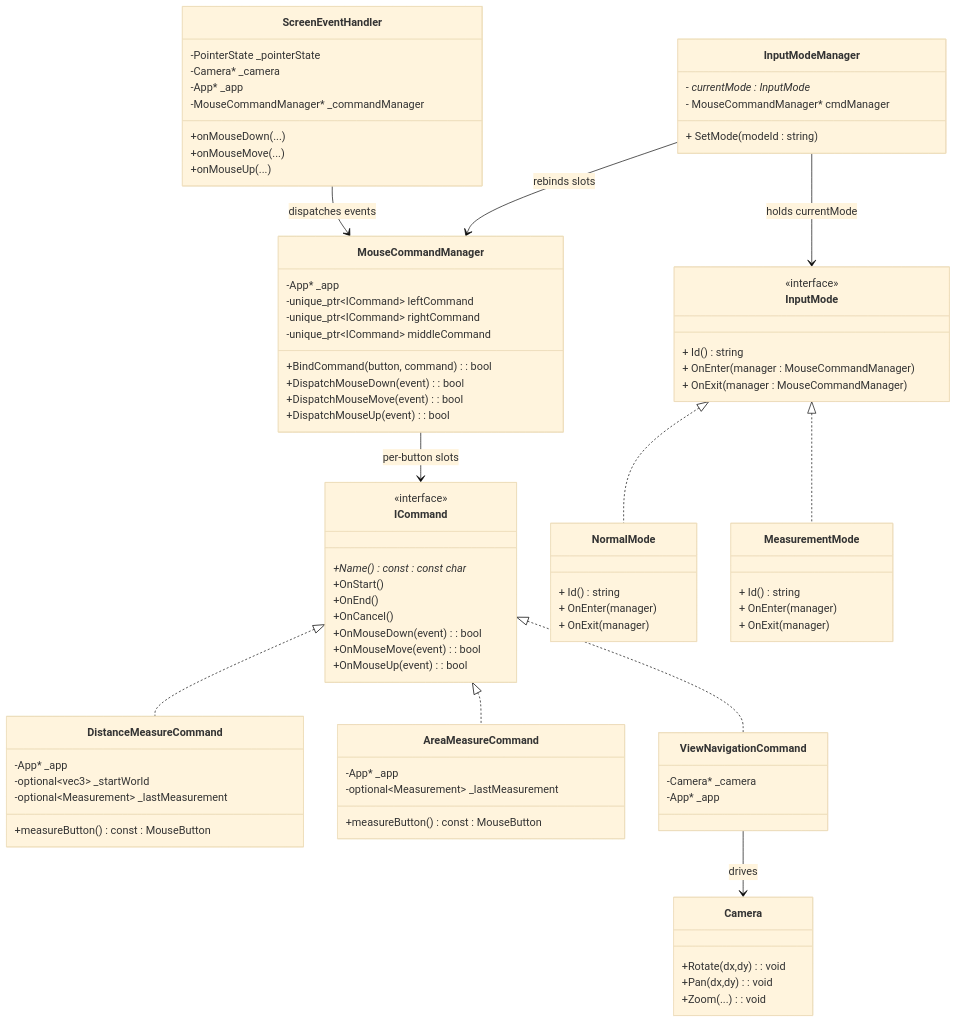
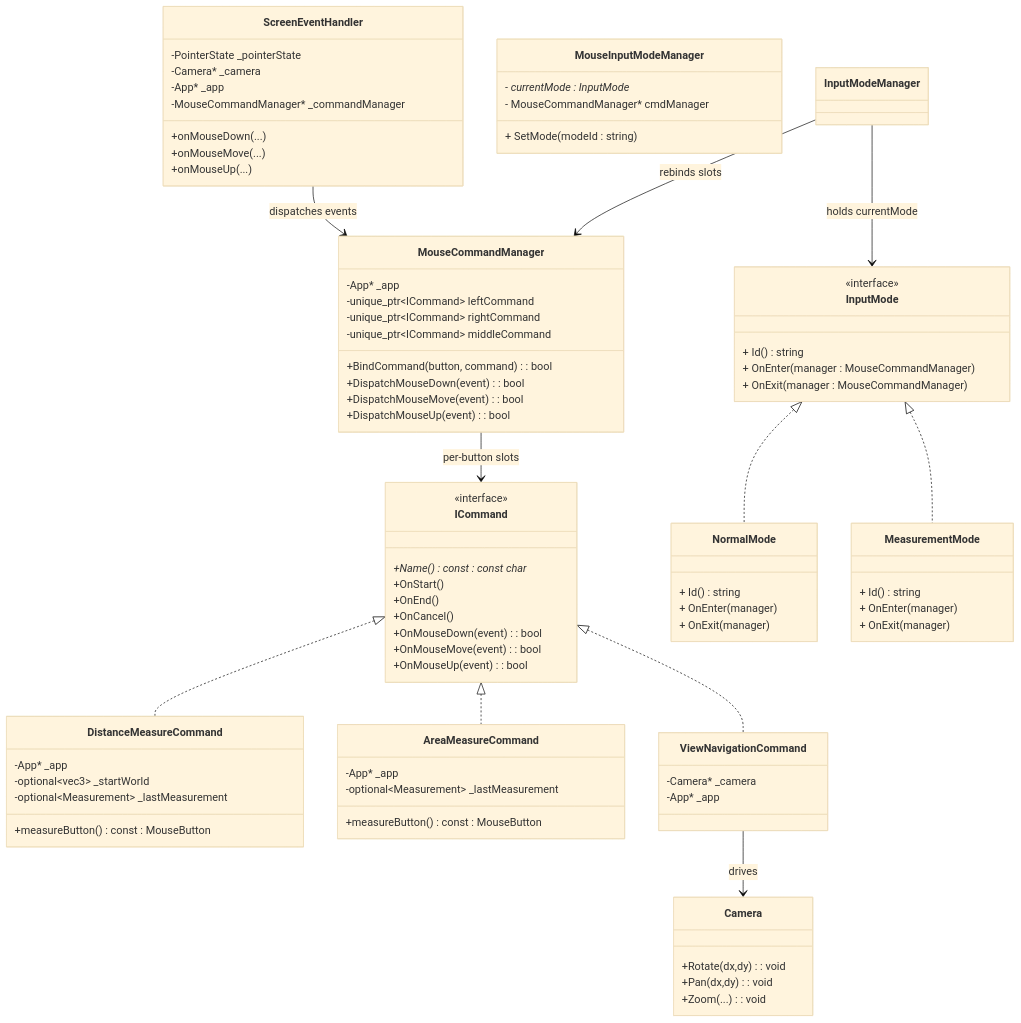
Before and after one commit to vfa-khaidt1/vfa-cdn: the second of 4 diagrams in GraphV3.md, drawn with Mermaid (base theme).

```diff
--- a/GraphV3.md
+++ b/GraphV3.md
@@ -110,7 +110,7 @@
         + OnExit(manager)
     }
 
-    class InputModeManager {
+    class MouseInputModeManager {
         - currentMode : InputMode*
         - MouseCommandManager* cmdManager
         + SetMode(modeId : string)
```
